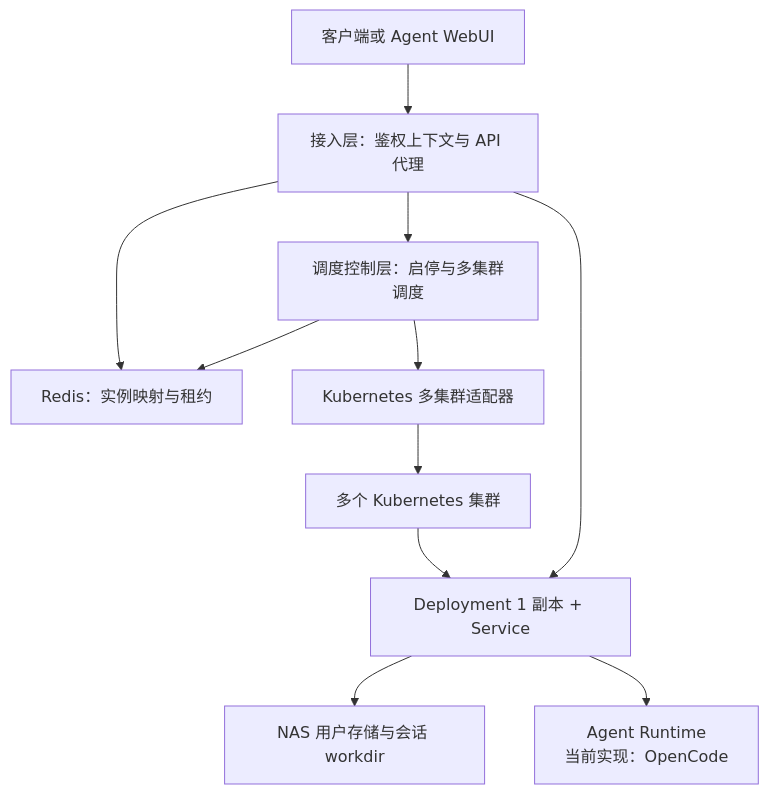
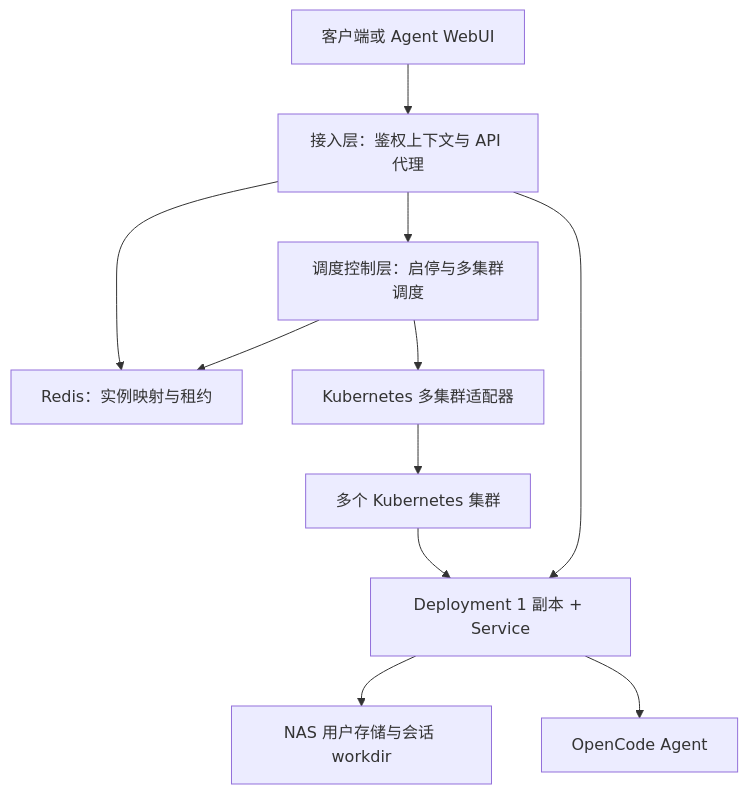
Before and after one commit to ArchAIHarness/agent-master: the first of 7 diagrams in README.md, drawn with Mermaid. The commit also changed other lines of this file and 24 other files, not shown here.

Commit message:
fix: restore stable runtime control flow

````diff
--- a/README.md
+++ b/README.md
@@ -37,23 +37,23 @@
 ```mermaid
 graph TD
     CLIENT["客户端或 Agent WebUI"]
     ACCESS["接入层：鉴权上下文与 API 代理"]
     REDIS["Redis：实例映射与租约"]
     CONTROL["调度控制层：启停与多集群调度"]
     ADAPTER["Kubernetes 多集群适配器"]
     K8S["多个 Kubernetes 集群"]
     WORKLOAD["Deployment 1 副本 + Service"]
     NAS["NAS 用户存储与会话 workdir"]
-    RUNTIME["Agent Runtime\n当前实现：OpenCode"]
+    OPENCODE["OpenCode Agent"]
 
     CLIENT --> ACCESS
     ACCESS --> REDIS
     ACCESS --> CONTROL
     CONTROL --> REDIS
     CONTROL --> ADAPTER
     ADAPTER --> K8S
     K8S --> WORKLOAD
     WORKLOAD --> NAS
-    WORKLOAD --> RUNTIME
+    WORKLOAD --> OPENCODE
     ACCESS --> WORKLOAD
 ```
````
